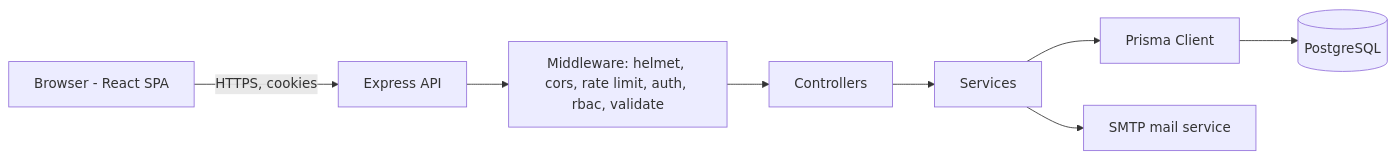
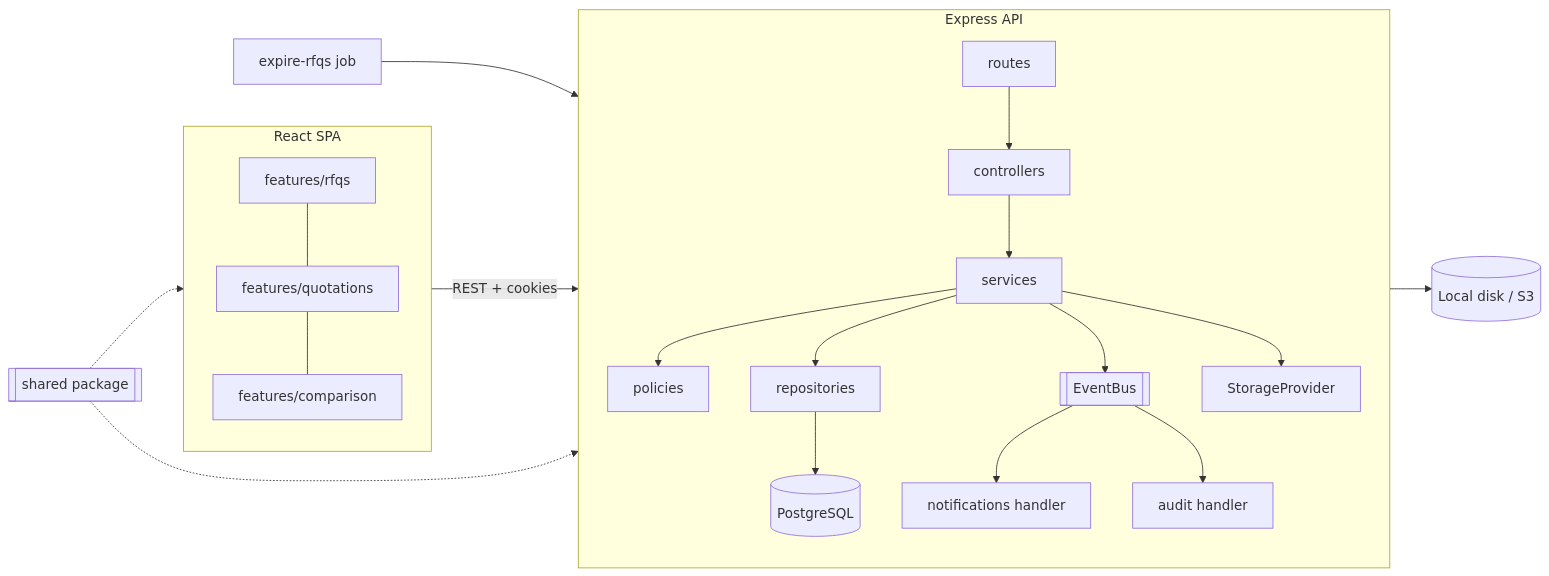
The first of 4 diagrams in docs/architecture.md (aadarsh2006ak/VendorBridge-X-Kagnus), drawn with Mermaid before and after one commit. The commit also changed other lines of this file and 60 other files, not shown here.

````diff
--- a/docs/architecture.md
+++ b/docs/architecture.md
@@ -24,10 +42,20 @@
 ```mermaid
 flowchart LR
-  B[Browser - React SPA] -- HTTPS, cookies --> API[Express API]
-  API --> MW[Middleware: helmet, cors, rate limit, auth, rbac, validate]
-  MW --> C[Controllers]
-  C --> S[Services]
-  S --> P[Prisma Client]
-  P --> DB[(PostgreSQL)]
-  S --> M[SMTP mail service]
+  subgraph Client[React SPA]
+    F1[features/rfqs] --- F2[features/quotations] --- F3[features/comparison]
+  end
+  Client -- REST + cookies --> API
+  subgraph API[Express API]
+    direction TB
+    R[routes] --> C[controllers] --> S[services]
+    S --> POL[policies]
+    S --> REPO[repositories] --> DB[(PostgreSQL)]
+    S --> BUS[[EventBus]]
+    S --> ST[StorageProvider]
+    BUS --> H1[notifications handler] & H2[audit handler]
+  end
+  ST --> FS[(Local disk / S3)]
+  JOB[expire-rfqs job] --> S
+  SH[[shared package]] -.-> Client
+  SH -.-> API
 ```
````
